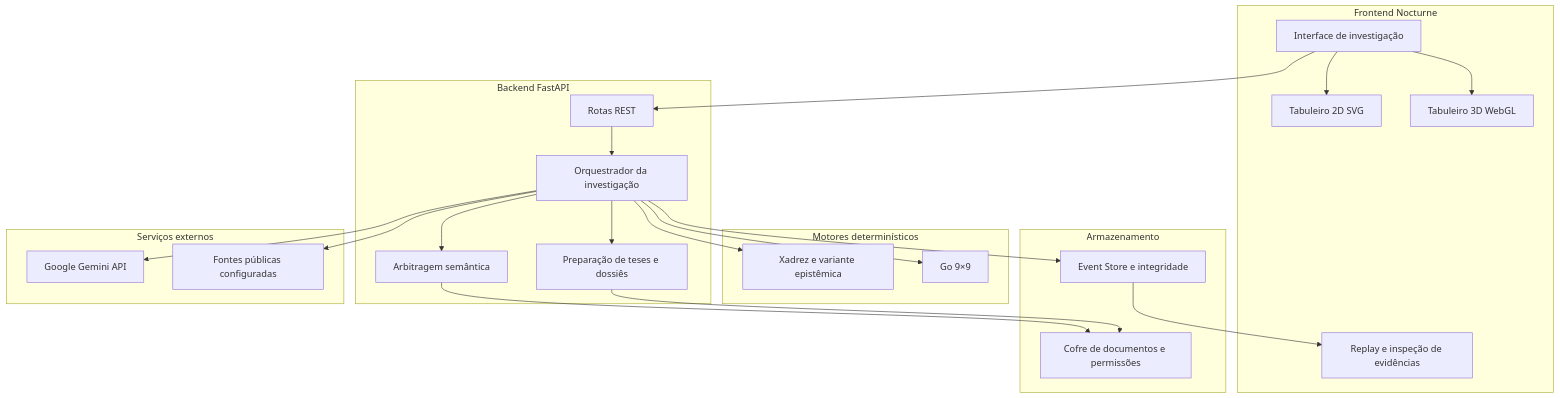
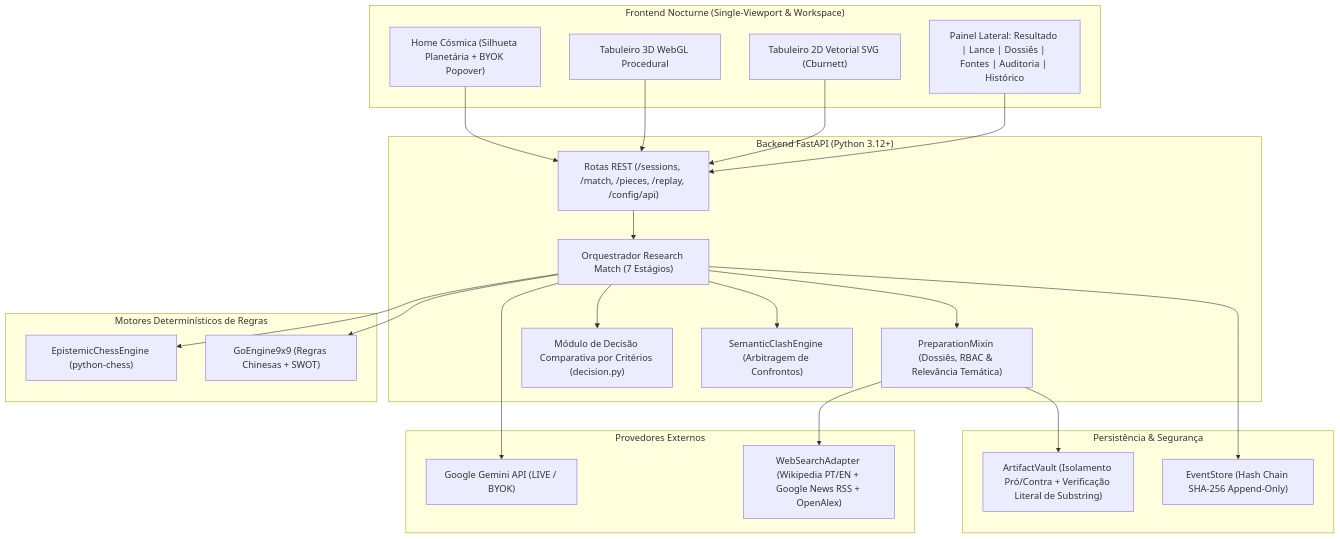
Before and after one commit to Lucas-715/Gambit-Lab: the diagram in README.md, drawn with Mermaid. The commit also changed other lines of this file and 43 other files, not shown here.

Commit message:
feat(ui,match): aba Resultado ao lado do tabuleiro, Cburnett 2D, busca web relevante e README detalhado com prints atuais

````diff
--- a/README.md
+++ b/README.md
@@ -106,46 +85,47 @@
 ```mermaid
 flowchart TD
-    subgraph Frontend["Frontend Nocturne"]
-        UI["Interface de investigação"]
-        B2D["Tabuleiro 2D SVG"]
-        B3D["Tabuleiro 3D WebGL"]
-        Replay["Replay e inspeção de evidências"]
+    subgraph Frontend["Frontend Nocturne (Single-Viewport & Workspace)"]
+        Home["Home Cósmica (Silhueta Planetária + BYOK Popover)"]
+        B3D["Tabuleiro 3D WebGL Procedural"]
+        B2D["Tabuleiro 2D Vetorial SVG (Cburnett)"]
+        Tabs["Painel Lateral: Resultado | Lance | Dossiês | Fontes | Auditoria | Histórico"]
     end
 
-    subgraph Backend["Backend FastAPI"]
-        API["Rotas REST"]
-        Orq["Orquestrador da investigação"]
-        Prep["Preparação de teses e dossiês"]
-        Clash["Arbitragem semântica"]
+    subgraph Backend["Backend FastAPI (Python 3.12+)"]
+        API["Rotas REST (/sessions, /match, /pieces, /replay, /config/api)"]
+        Orch["Orquestrador Research Match (7 Estágios)"]
+        Prep["PreparationMixin (Dossiês, RBAC & Relevância Temática)"]
+        Dec["Módulo de Decisão Comparativa por Critérios (decision.py)"]
+        Clash["SemanticClashEngine (Arbitragem de Confrontos)"]
     end
 
-    subgraph Motores["Motores determinísticos"]
-        Chess["Xadrez e variante epistêmica"]
-        Go["Go 9×9"]
+    subgraph Motores["Motores Determinísticos de Regras"]
+        Chess["EpistemicChessEngine (python-chess)"]
+        Go["GoEngine9x9 (Regras Chinesas + SWOT)"]
     end
 
-    subgraph Dados["Armazenamento"]
-        Vault["Cofre de documentos e permissões"]
-        Events["Event Store e integridade"]
+    subgraph Dados["Persistência & Segurança"]
+        Vault["ArtifactVault (Isolamento Pró/Contra + Verificação Literal de Substring)"]
+        Events["EventStore (Hash Chain SHA-256 Append-Only)"]
     end
 
-    subgraph Externos["Serviços externos"]
-        Gemini["Google Gemini API"]
-        Sources["Fontes públicas configuradas"]
+    subgraph Externos["Provedores Externos"]
+        Gemini["Google Gemini API (LIVE / BYOK)"]
+        Web["WebSearchAdapter (Wikipedia PT/EN + Google News RSS + OpenAlex)"]
     end
 
-    UI --> API
-    API --> Orq
-    Orq --> Prep
-    Orq --> Clash
-    Orq --> Chess
-    Orq --> Go
+    Home --> API
+    B3D --> API
+    B2D --> API
+    Tabs --> API
+    API --> Orch
+    Orch --> Prep
+    Orch --> Clash
+    Orch --> Dec
+    Orch --> Chess
+    Orch --> Go
     Prep --> Vault
-    Clash --> Vault
-    Orq --> Events
-    Orq --> Gemini
-    Orq --> Sources
-    Events --> Replay
-    UI --> B2D
-    UI --> B3D
+    Prep --> Web
+    Orch --> Gemini
+    Orch --> Events
 ```
````
